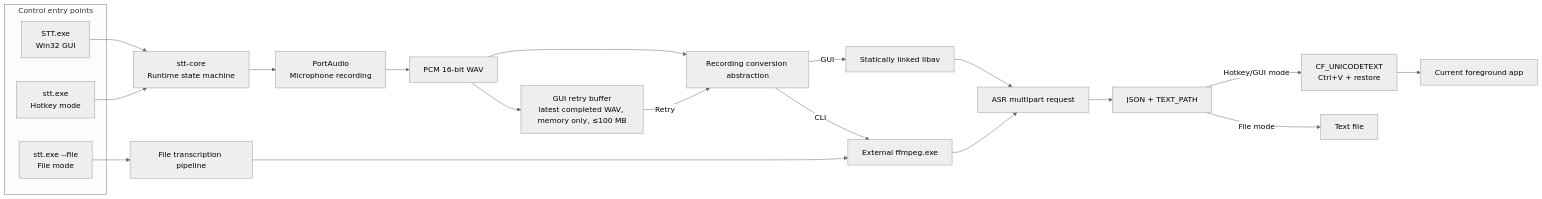
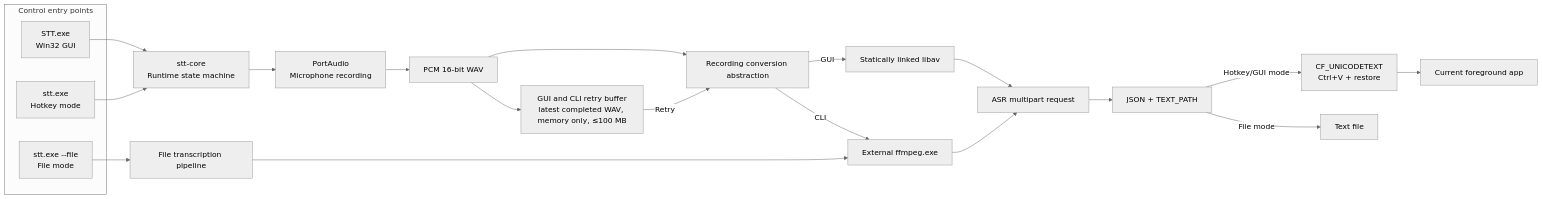
Before and after one commit to Joey-Kot/STT-for-Windows: the first of 3 diagrams in README.md, drawn with Mermaid (neutral theme). The commit also changed other lines of this file and 12 other files, not shown here.

````diff
--- a/README.md
+++ b/README.md
@@ -64,30 +65,30 @@
 ```mermaid
 flowchart LR
     subgraph Entry["Control entry points"]
         GUI["STT.exe<br/>Win32 GUI"]
         CLI["stt.exe<br/>Hotkey mode"]
         FileMode["stt.exe --file<br/>File mode"]
     end
 
     GUI --> Runtime["stt-core<br/>Runtime state machine"]
     CLI --> Runtime
     FileMode --> FilePipeline["File transcription pipeline"]
 
     Runtime --> Recorder["PortAudio<br/>Microphone recording"]
     Recorder --> WAV["PCM 16-bit WAV"]
 
     WAV --> Convert["Recording conversion abstraction"]
-    WAV --> RetryBuffer["GUI retry buffer<br/>latest completed WAV, memory only, ≤100 MB"]
+    WAV --> RetryBuffer["GUI and CLI retry buffer<br/>latest completed WAV, memory only, ≤100 MB"]
     RetryBuffer -->|Retry| Convert
     Convert -->|GUI| LibAv["Statically linked libav"]
     Convert -->|CLI| FFmpeg["External ffmpeg.exe"]
     FilePipeline --> FFmpeg
 
     LibAv --> Request["ASR multipart request"]
     FFmpeg --> Request
     Request --> Extract["JSON + TEXT_PATH"]
 
     Extract -->|Hotkey/GUI mode| Clipboard["CF_UNICODETEXT<br/>Ctrl+V + restore"]
     Clipboard --> App["Current foreground app"]
     Extract -->|File mode| TextFile["Text file"]
 ```
````
